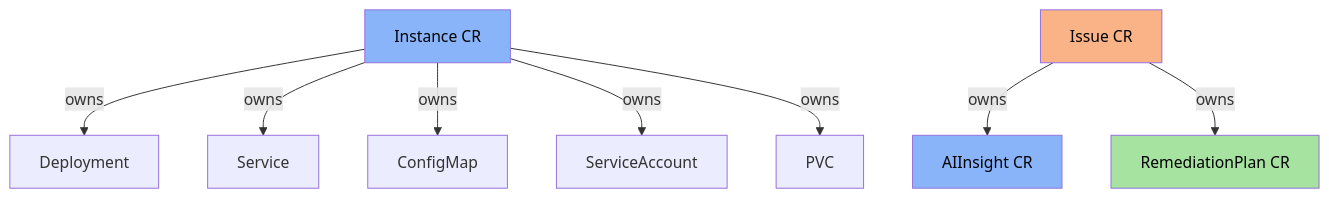
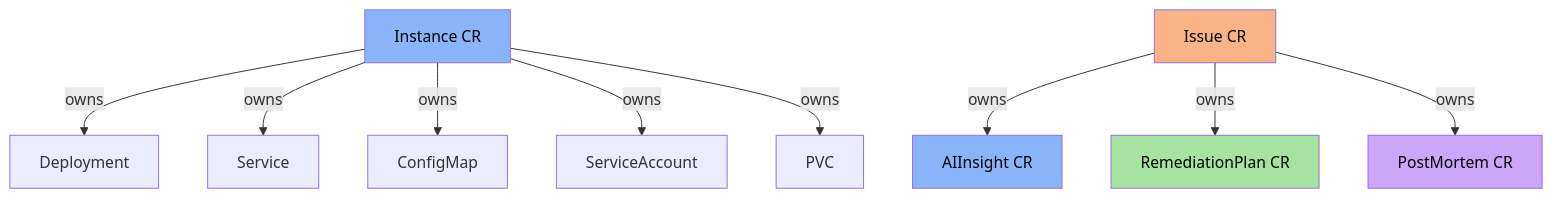
One commit to diillson/chatcli changed the third of 3 diagrams in ghpages/content/docs/features/aiops-platform.md. Above: the diagram before and after it, drawn with Mermaid. The commit also changed other lines of this file and 24 other files, not shown here.

First line of the commit message:
feat(operator): add agentic AI remediation and PostMortem CRD

````diff
--- a/ghpages/content/docs/features/aiops-platform.md
+++ b/ghpages/content/docs/features/aiops-platform.md
@@ -445,16 +568,18 @@
 ```mermaid
 graph TD
     INST[Instance CR] -->|owns| DEP[Deployment]
     INST -->|owns| SVC[Service]
     INST -->|owns| CM[ConfigMap]
     INST -->|owns| SA[ServiceAccount]
     INST -->|owns| PVC[PVC]
 
     ISS[Issue CR] -->|owns| INSIGHT[AIInsight CR]
     ISS -->|owns| PLAN[RemediationPlan CR]
+    ISS -->|owns| PM[PostMortem CR]
 
     style INST fill:#89b4fa,color:#000
     style ISS fill:#fab387,color:#000
     style INSIGHT fill:#89b4fa,color:#000
     style PLAN fill:#a6e3a1,color:#000
+    style PM fill:#cba6f7,color:#000
 ```
````
